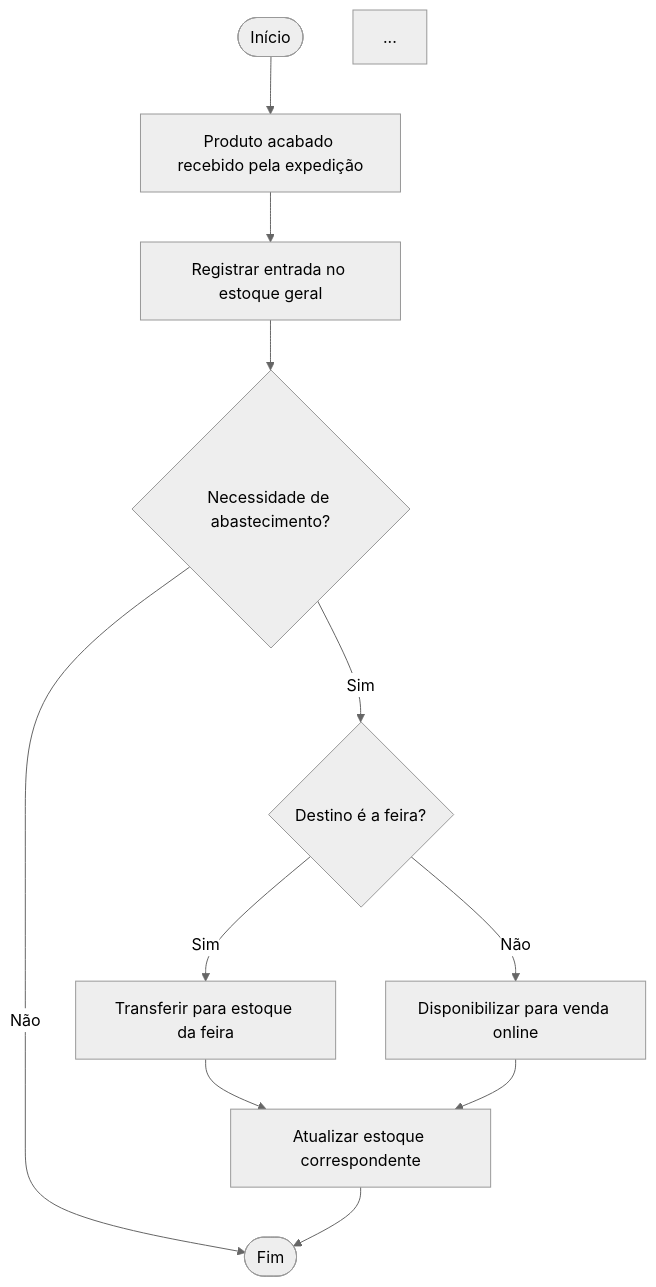
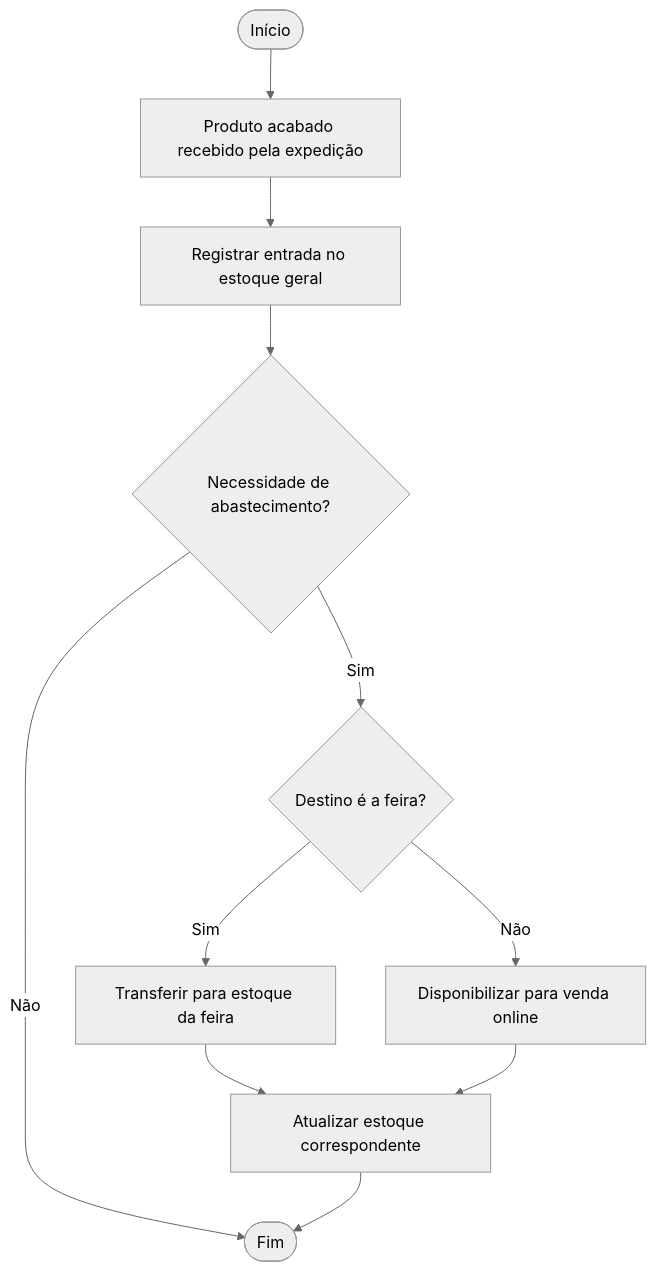
One commit to FortesLucas208/DataBaseActivity changed the second of 2 diagrams in README.md. Above: the diagram before and after it, drawn with Mermaid (neutral theme).

Commit message:
teste de remoção de caixa flutuante desnecessária aparecendo no fluxograma.

````diff
--- a/README.md
+++ b/README.md
@@ -92,14 +92,14 @@
 ```mermaid
   flowchart TD
     A([Início]) --> B[Produto acabado recebido pela expedição]
     B --> C[Registrar entrada no estoque geral]
     C --> D{Necessidade de abastecimento?}
     D -- Não --> E([Fim])
     D -- Sim --> F{Destino é a feira?}
     F -- Sim --> G[Transferir para estoque da feira]
     F -- Não --> H[Disponibilizar para venda online]
     G --> I[Atualizar estoque correspondente]
     H --> I
     I --> E
-...
+
 ```
````
